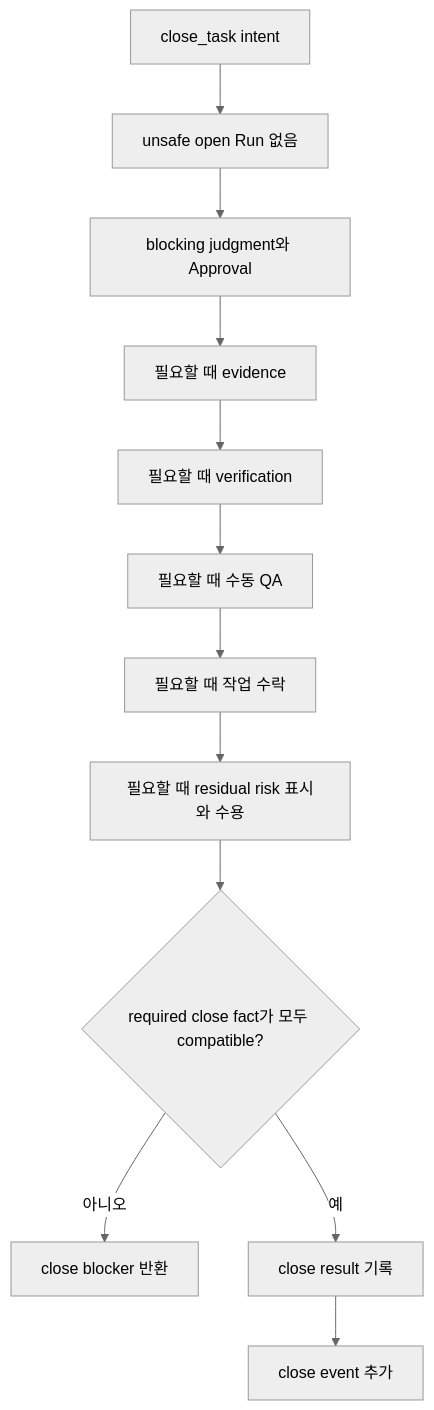
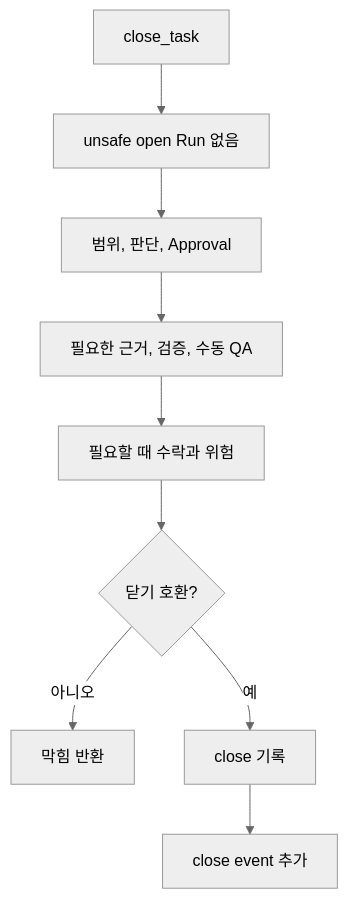
One commit to minjungw00/Harness_Project changed the third of 3 diagrams in docs/ko/reference/core-model.md. Above: the diagram before and after it, drawn with Mermaid (neutral theme). The commit also changed other lines of this file and 15 other files, not shown here.

Commit message:
docs: simplify and audit Harness diagrams

````diff
--- a/docs/ko/reference/core-model.md
+++ b/docs/ko/reference/core-model.md
@@ -627,14 +629,11 @@
 ```mermaid
 flowchart TD
-  Intent["close_task intent"] --> Safe["unsafe open Run 없음"]
-  Safe --> Judgments["blocking judgment와 Approval"]
-  Judgments --> Evidence["필요할 때 evidence"]
-  Evidence --> Verify["필요할 때 verification"]
-  Verify --> QA["필요할 때 수동 QA"]
-  QA --> Acceptance["필요할 때 작업 수락"]
-  Acceptance --> Risk["필요할 때 residual risk 표시와 수용"]
-  Risk --> Ready{"required close fact가 모두 compatible?"}
-  Ready -->|아니오| Blockers["close blocker 반환"]
-  Ready -->|예| Close["close result 기록"]
+  Intent["close_task"] --> Safe["unsafe open Run 없음"]
+  Safe --> Gates["범위, 판단, Approval"]
+  Gates --> Proof["필요한 근거, 검증, 수동 QA"]
+  Proof --> Acceptance["필요할 때 수락과 위험"]
+  Acceptance --> Ready{"닫기 호환?"}
+  Ready -->|아니오| Blockers["막힘 반환"]
+  Ready -->|예| Close["close 기록"]
   Close --> Events["close event 추가"]
 ```
````
